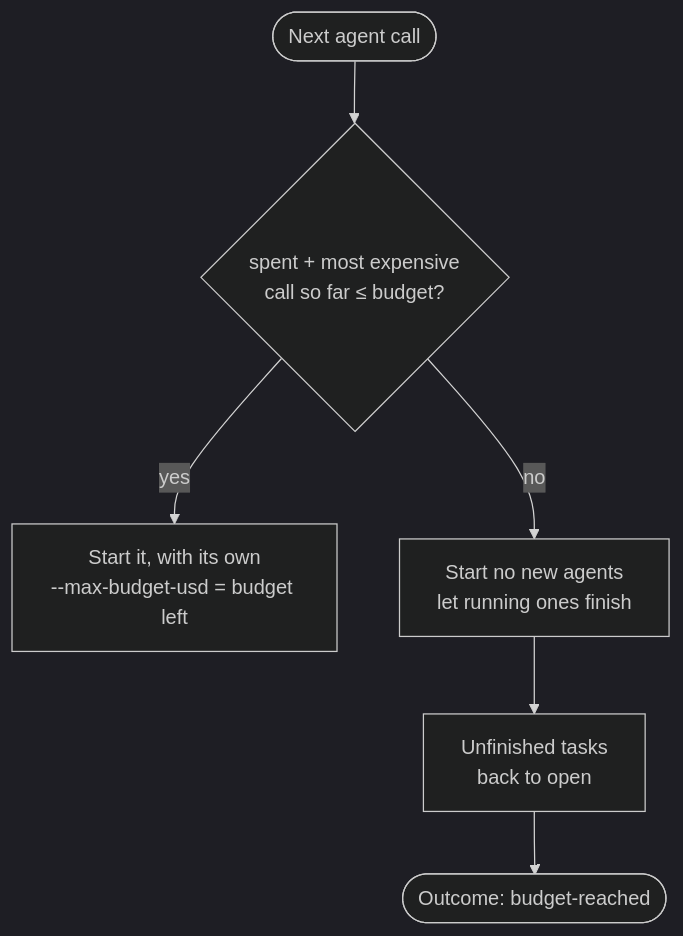
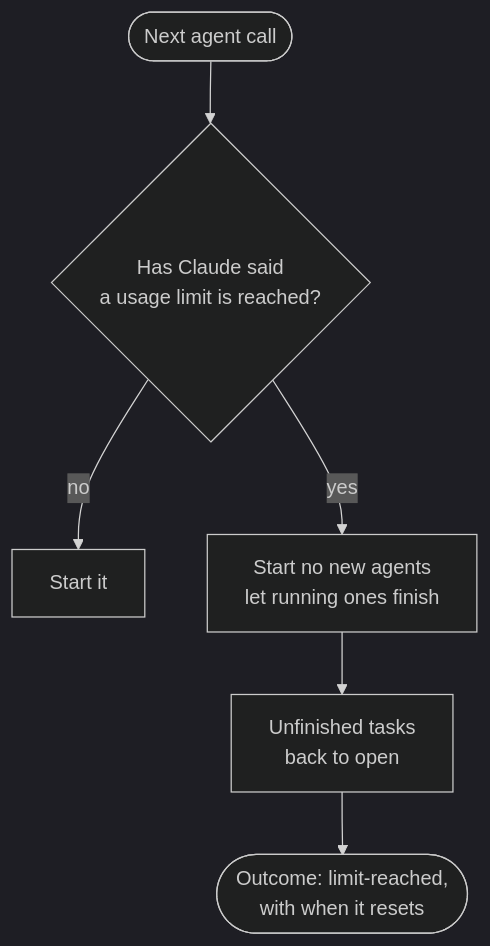
One commit to Hayko97/cclinic changed the eighth of 9 diagrams in AUTO_FLOW.md. Above: the diagram before and after it, drawn with Mermaid (dark theme). The commit also changed other lines of this file and 78 other files, not shown here.

First line of the commit message:
feat: mirror Claude plan limits instead of dollars, and continue a stopped run

````diff
--- a/AUTO_FLOW.md
+++ b/AUTO_FLOW.md
@@ -234,8 +234,8 @@
 ```mermaid
 flowchart TD
-    N([Next agent call]) --> B{spent + most expensive<br/>call so far ≤ budget?}
-    B -- yes --> Run[Start it, with its own<br/>--max-budget-usd = budget left]
-    B -- no --> Stop[Start no new agents<br/>let running ones finish]
+    N([Next agent call]) --> B{Has Claude said<br/>a usage limit is reached?}
+    B -- no --> Run[Start it]
+    B -- yes --> Stop[Start no new agents<br/>let running ones finish]
     Stop --> Open[Unfinished tasks<br/>back to open]
-    Open --> End([Outcome: budget-reached])
+    Open --> End([Outcome: limit-reached,<br/>with when it resets])
 ```
````
